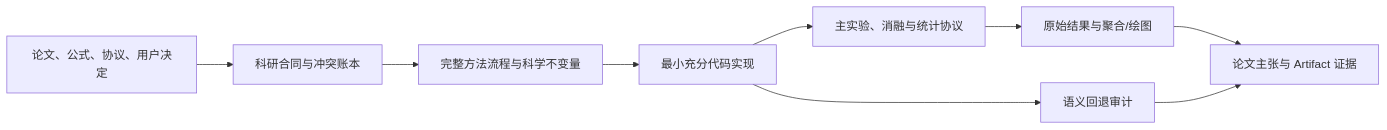
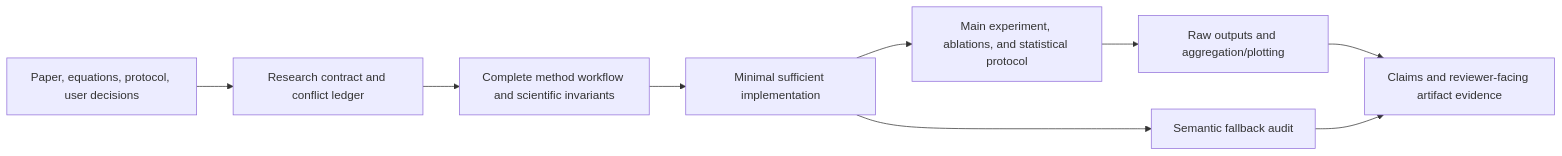
Before and after one commit to Fangzhou-Code/faithful-research-code: the diagram in README.md, drawn with Mermaid. The commit also changed other lines of this file, not shown here.

````diff
--- a/README.md
+++ b/README.md
@@ -53,11 +61,11 @@
 ```mermaid
 flowchart LR
-    A["论文、公式、协议、用户决定"] --> B["科研合同与冲突账本"]
-    B --> C["完整方法流程与科学不变量"]
-    C --> D["最小充分代码实现"]
-    D --> E["主实验、消融与统计协议"]
-    E --> F["原始结果与聚合/绘图"]
-    F --> G["论文主张与 Artifact 证据"]
-    D --> H["语义回退审计"]
+    A["Paper, equations, protocol, user decisions"] --> B["Research contract and conflict ledger"]
+    B --> C["Complete method workflow and scientific invariants"]
+    C --> D["Minimal sufficient implementation"]
+    D --> E["Main experiment, ablations, and statistical protocol"]
+    E --> F["Raw outputs and aggregation/plotting"]
+    F --> G["Claims and reviewer-facing artifact evidence"]
+    D --> H["Semantic fallback audit"]
     H --> G
 ```
````
